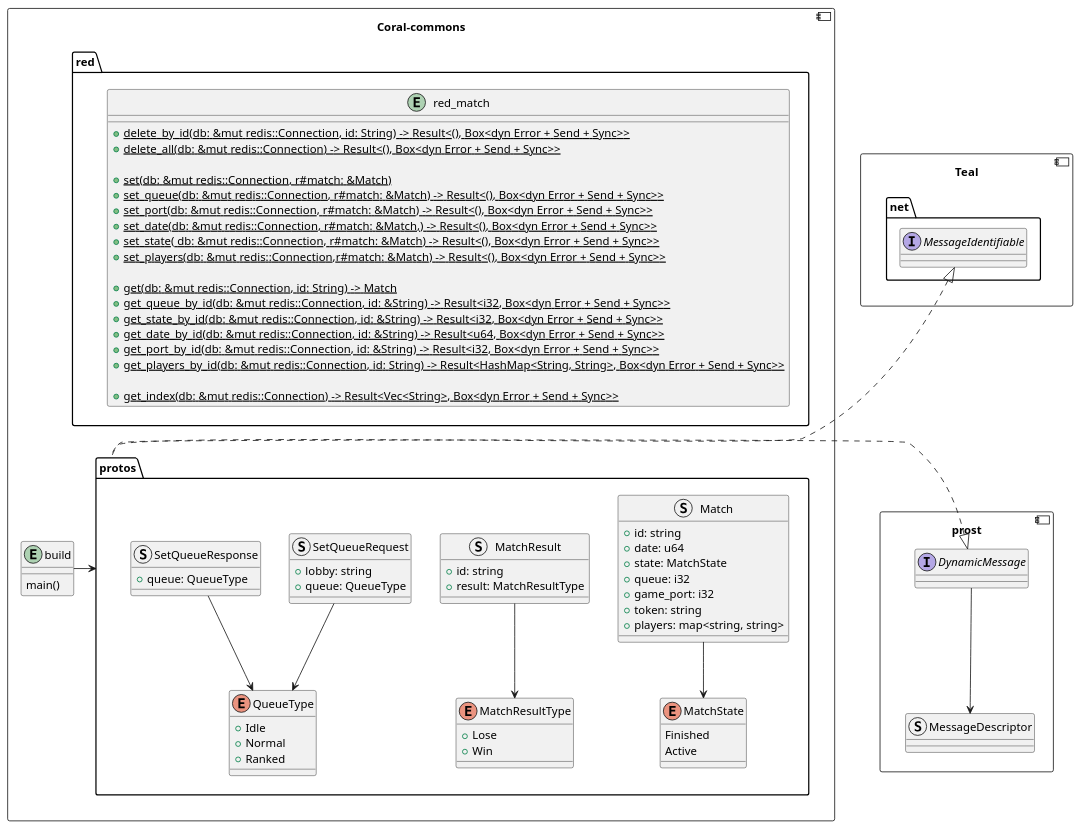
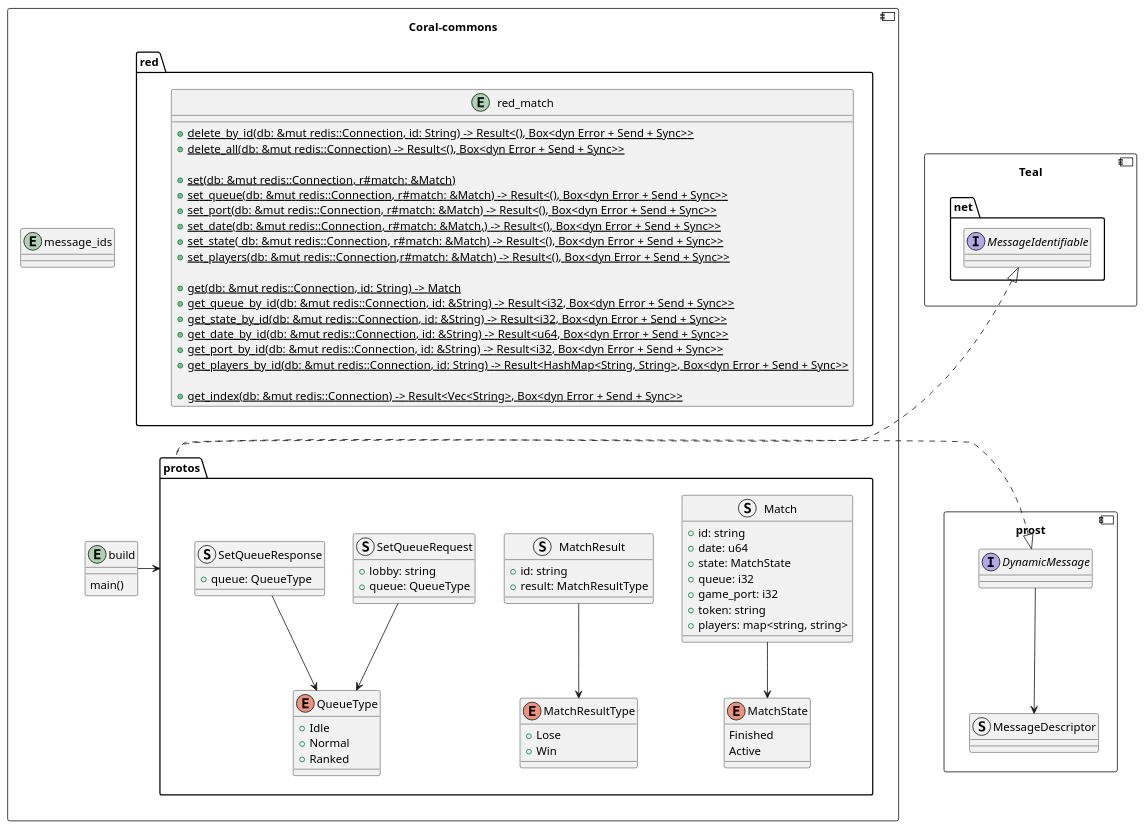
Before and after one commit to Souchy/RustProject: the first of 3 diagrams in docs/diagrams/module_coral_commons.puml, drawn with PlantUML. The commit also changed other lines of this file and 15 other files, not shown here.

Commit message:
Diagrammes

```diff
--- a/docs/diagrams/module_coral_commons.puml
+++ b/docs/diagrams/module_coral_commons.puml
@@ -1,88 +1,89 @@
-@startuml Coralcommons
-
+@startuml Coralcommons-full
 component prost {
 	interface "DynamicMessage" as p_dn {}
 	struct "MessageDescriptor" as p_md {}
 	p_dn --> p_md
 }
 component Teal {
 	package net {
 		interface "MessageIdentifiable" as mi
 	}
 }
 component Coral-commons as cc {
 	entity build {
 		main()
+	}
+	entity message_ids {
+		
 	}
 	package red {
 		entity red_match {
 			{static} +delete_by_id(db: &mut redis::Connection, id: String) -> Result<(), Box<dyn Error + Send + Sync>>
 			{static} +delete_all(db: &mut redis::Connection) -> Result<(), Box<dyn Error + Send + Sync>>
 
 			{static} +set(db: &mut redis::Connection, r#match: &Match)
 			{static} +set_queue(db: &mut redis::Connection, r#match: &Match) -> Result<(), Box<dyn Error + Send + Sync>>
 			{static} +set_port(db: &mut redis::Connection, r#match: &Match) -> Result<(), Box<dyn Error + Send + Sync>>
 			{static} +set_date(db: &mut redis::Connection, r#match: &Match,) -> Result<(), Box<dyn Error + Send + Sync>>
 			{static} +set_state( db: &mut redis::Connection, r#match: &Match) -> Result<(), Box<dyn Error + Send + Sync>>
 			{static} +set_players(db: &mut redis::Connection,	r#match: &Match) -> Result<(), Box<dyn Error + Send + Sync>>
 
 			{static} +get(db: &mut redis::Connection, id: String) -> Match
 			{static} +get_queue_by_id(db: &mut redis::Connection, id: &String) -> Result<i32, Box<dyn Error + Send + Sync>>
 			{static} +get_state_by_id(db: &mut redis::Connection, id: &String) -> Result<i32, Box<dyn Error + Send + Sync>>
 			{static} +get_date_by_id(db: &mut redis::Connection, id: &String) -> Result<u64, Box<dyn Error + Send + Sync>>
 			{static} +get_port_by_id(db: &mut redis::Connection, id: &String) -> Result<i32, Box<dyn Error + Send + Sync>>
 			{static} +get_players_by_id(db: &mut redis::Connection, id: String) -> Result<HashMap<String, String>, Box<dyn Error + Send + Sync>>
 
 			{static} +get_index(db: &mut redis::Connection) -> Result<Vec<String>, Box<dyn Error + Send + Sync>>
 		}
 	}
 	red -[hidden]- protos
 	package protos {
 		struct "Match" as match {
 			+id: string
 			+date: u64
 			+state: MatchState
 			+queue: i32
 			+game_port: i32
 			+token: string
 			+players: map<string, string>
 		}
 		enum "MatchState" as ms {
 			Finished
 			Active
 		}
 		struct "MatchResult" as mr {
 			+id: string
 			+result: MatchResultType
 		}
 		enum "MatchResultType" as mrt {
 			+Lose
 			+Win
 		}
 		struct "SetQueueRequest" as sqr {
 			+lobby: string
 			+queue: QueueType
 		}
 		struct "SetQueueResponse" as sqres {
 			+queue: QueueType
 		}
 		enum "QueueType" as qt {
 			+Idle
 			+Normal
 			+Ranked
 		}
 		match -down-> ms
 		mr -down-> mrt
 		sqr -down-> qt
 		sqres -down-> qt
 	}
 	build -> protos
 	protos .up.|> mi
 	protos .up.|> p_dn
 }
 Teal -[hidden]left- red
 Teal -[hidden]left- red_match
 ' prost -[hidden]right- red
 Teal -[hidden]down- prost
-
 @enduml
```
